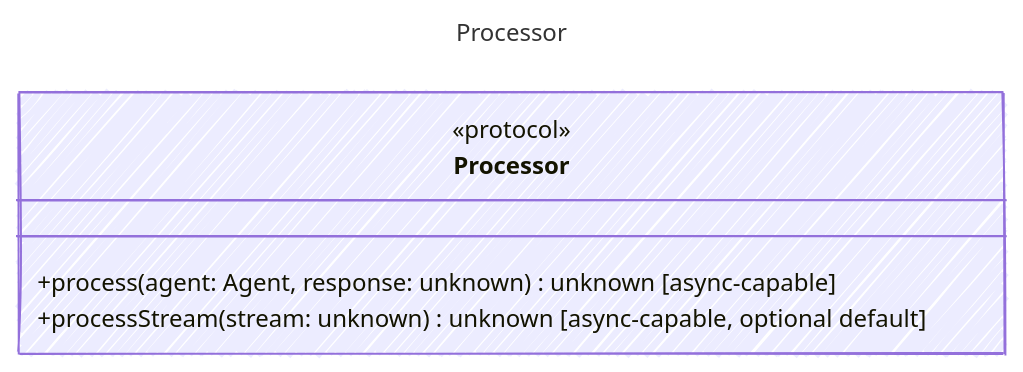
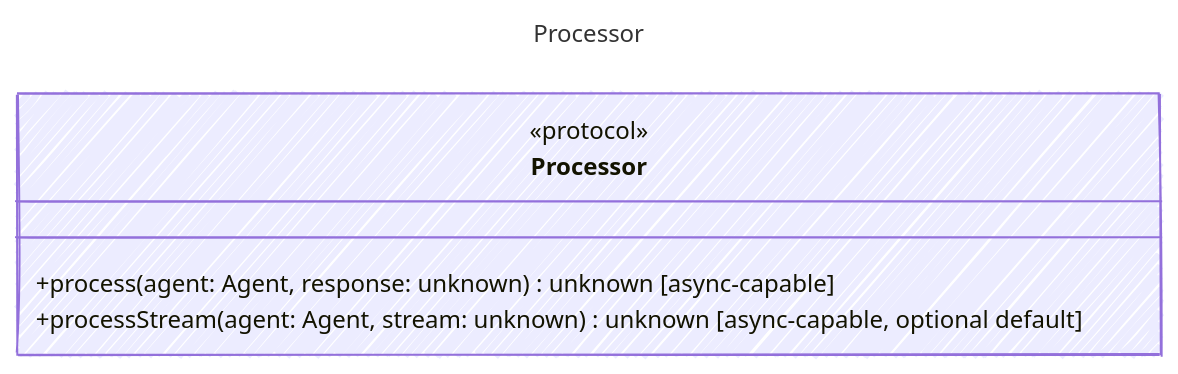
The diagram in web/src/content/docs/reference/Processor.md (microsoft/prompty), drawn with Mermaid before and after one commit. The commit also changed other lines of this file and 543 other files, not shown here.

````diff
--- a/web/src/content/docs/reference/Processor.md
+++ b/web/src/content/docs/reference/Processor.md
@@ -12,16 +12,16 @@
 ```mermaid
 ---
 title: Processor
 config:
   look: handDrawn
   theme: colorful
   class:
     hideEmptyMembersBox: true
 ---
 classDiagram
     class Processor {
       <<protocol>>
         +process(agent: Agent, response: unknown) unknown [async-capable]
-        +processStream(stream: unknown) unknown [async-capable, optional default]
+        +processStream(agent: Agent, stream: unknown) unknown [async-capable, optional default]
     }
 ```
````
